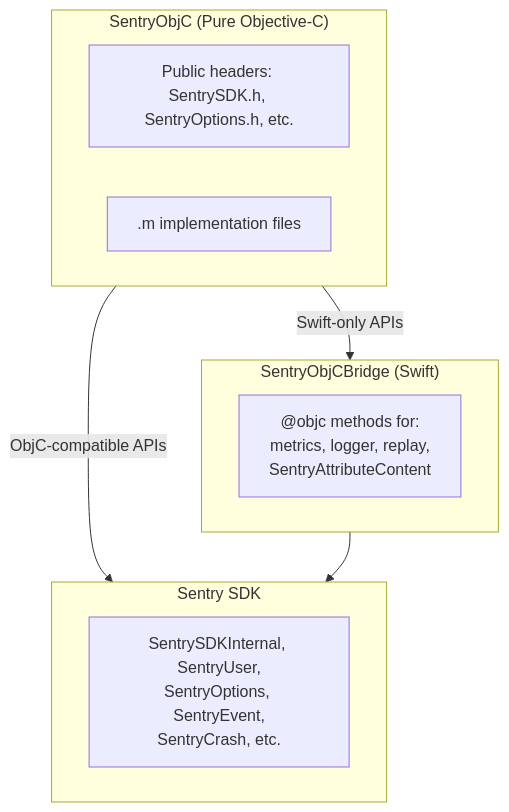
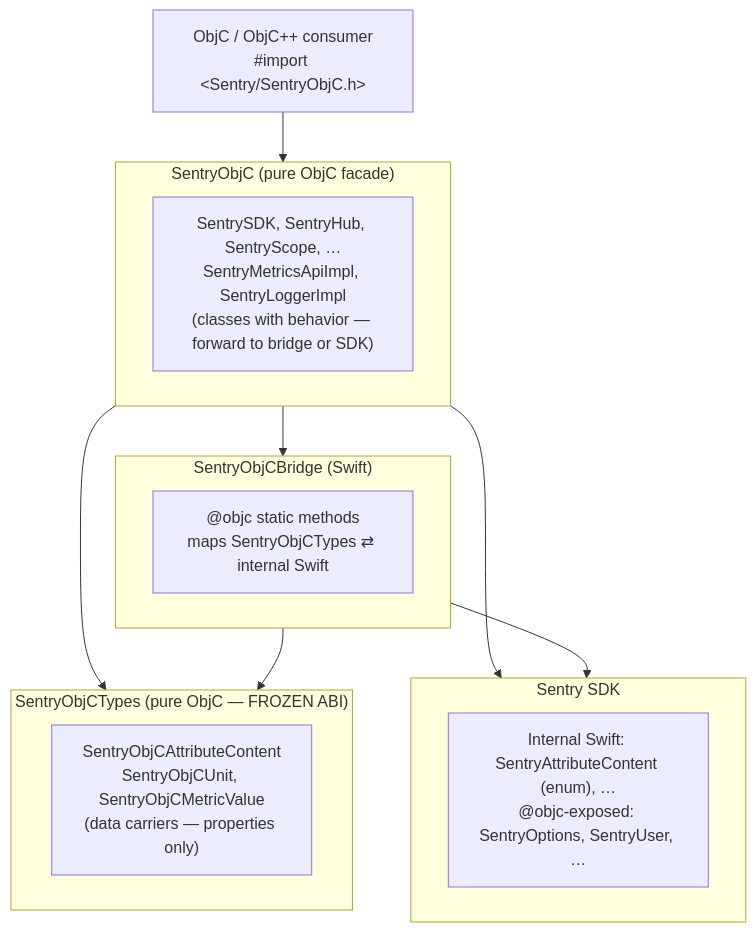
One commit to getsentry/sentry-cocoa changed the diagram in develop-docs/SENTRY-OBJC.md. Above: the diagram before and after it, drawn with Mermaid. The commit also changed other lines of this file and 26 other files, not shown here.

First line of the commit message:
feat(objc): introduce SentryObjCTypes target

````diff
--- a/develop-docs/SENTRY-OBJC.md
+++ b/develop-docs/SENTRY-OBJC.md
@@ -25,19 +34,27 @@
 ```mermaid
 graph TD
-    subgraph SentryObjC["SentryObjC (Pure Objective-C)"]
-        Headers["Public headers: SentrySDK.h, SentryOptions.h, etc."]
-        Impl[".m implementation files"]
+    Consumer["ObjC / ObjC++ consumer<br/>#import &lt;Sentry/SentryObjC.h&gt;"]
+
+    subgraph SentryObjC["SentryObjC (pure ObjC facade)"]
+        Facade["SentrySDK, SentryHub, SentryScope, …<br/>SentryMetricsApiImpl, SentryLoggerImpl<br/>(classes with behavior — forward to bridge or SDK)"]
     end
 
-    subgraph Bridge["SentryObjCBridge (Swift)"]
-        BridgeMethods["@objc methods for:<br/>metrics, logger, replay,<br/>SentryAttributeContent"]
+    subgraph SentryObjCBridge["SentryObjCBridge (Swift)"]
+        Bridge["@objc static methods<br/>maps SentryObjCTypes ⇄ internal Swift"]
     end
 
-    subgraph SDK["Sentry SDK"]
-        ObjCTypes["SentrySDKInternal, SentryUser,<br/>SentryOptions, SentryEvent,<br/>SentryCrash, etc."]
+    subgraph SentryObjCTypes["SentryObjCTypes (pure ObjC — FROZEN ABI)"]
+        Types["SentryObjCAttributeContent<br/>SentryObjCUnit, SentryObjCMetricValue<br/>(data carriers — properties only)"]
     end
 
-    SentryObjC -->|"Swift-only APIs"| Bridge
-    SentryObjC -->|"ObjC-compatible APIs"| SDK
-    Bridge --> SDK
+    subgraph Sentry["Sentry SDK"]
+        SDK["Internal Swift: SentryAttributeContent (enum), …<br/>@objc-exposed: SentryOptions, SentryUser, …"]
+    end
+
+    Consumer --> SentryObjC
+    SentryObjC --> SentryObjCBridge
+    SentryObjC --> SentryObjCTypes
+    SentryObjC --> Sentry
+    SentryObjCBridge --> SentryObjCTypes
+    SentryObjCBridge --> Sentry
 ```
````
